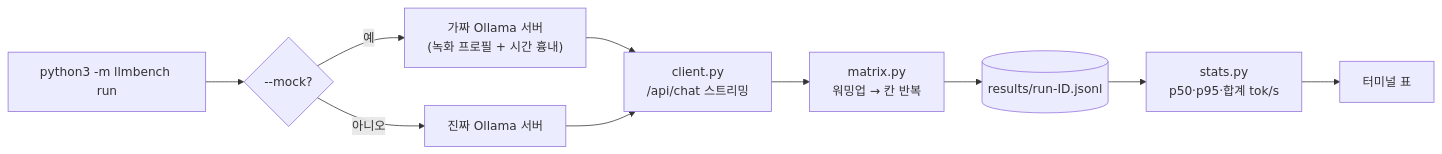
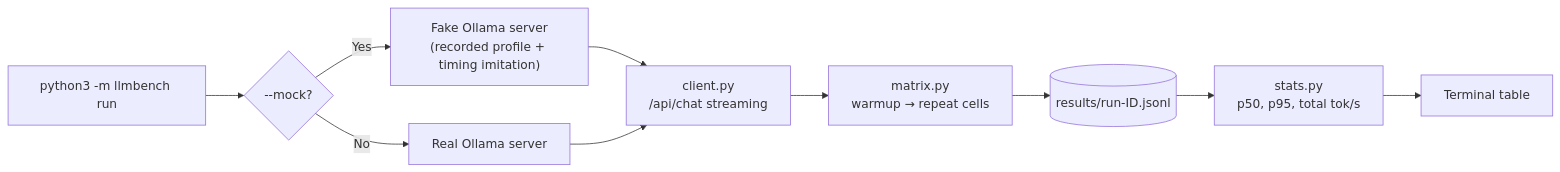
One commit to LeeGyeongPil/ai-lab-local-llm-bench changed the diagram in README.md. Above: the diagram before and after it, drawn with Mermaid. The commit also changed other lines of this file and 2 other files, not shown here.

````diff
--- a/README.md
+++ b/README.md
@@ -176,12 +180,12 @@
 ```mermaid
 flowchart LR
   CLI["python3 -m llmbench run"] --> M{"--mock?"}
-  M -- 예 --> F["가짜 Ollama 서버<br/>(녹화 프로필 + 시간 흉내)"]
-  M -- 아니오 --> O["진짜 Ollama 서버"]
-  F --> C["client.py<br/>/api/chat 스트리밍"]
+  M -- Yes --> F["Fake Ollama server<br/>(recorded profile + timing imitation)"]
+  M -- No --> O["Real Ollama server"]
+  F --> C["client.py<br/>/api/chat streaming"]
   O --> C
-  C --> X["matrix.py<br/>워밍업 → 칸 반복"]
+  C --> X["matrix.py<br/>warmup → repeat cells"]
   X --> J[("results/run-ID.jsonl")]
-  J --> S["stats.py<br/>p50·p95·합계 tok/s"]
-  S --> T["터미널 표"]
+  J --> S["stats.py<br/>p50, p95, total tok/s"]
+  S --> T["Terminal table"]
 ```
````
